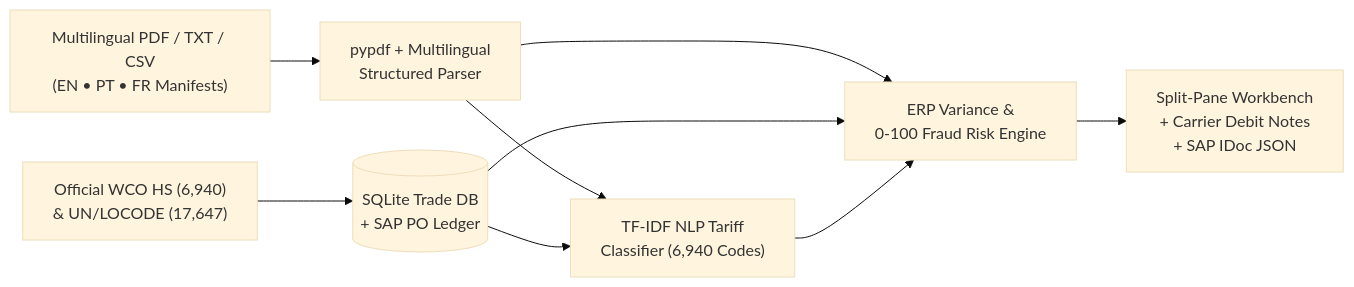
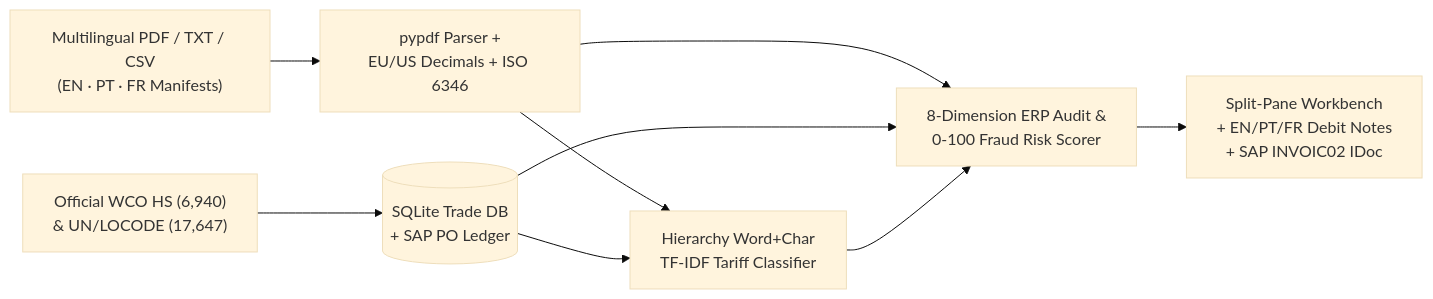
The diagram in README.md (jpbenmont/docurecon-ai), drawn with Mermaid (base theme) before and after one commit. The commit also changed other lines of this file and 23 other files, not shown here.

Commit message:
feat: DocuRecon AI v4.0 - Hierarchy WCO HS NLP, ISO 6346 & FOB/CIF Valuation Audit, PT Angola & DMCC Urea Samples, Render Deploy & Workbench UI

````diff
--- a/README.md
+++ b/README.md
@@ -16,11 +16,11 @@
 ```mermaid
 flowchart LR
-    A["Multilingual PDF / TXT / CSV\n(EN • PT • FR Manifests)"] --> B["pypdf + Multilingual\nStructured Parser"]
+    A["Multilingual PDF / TXT / CSV\n(EN · PT · FR Manifests)"] --> B["pypdf Parser +\nEU/US Decimals + ISO 6346"]
     C["Official WCO HS (6,940)\n& UN/LOCODE (17,647)"] --> D[("SQLite Trade DB\n+ SAP PO Ledger")]
-    B --> E["TF-IDF NLP Tariff\nClassifier (6,940 Codes)"]
+    B --> E["Hierarchy Word+Char\nTF-IDF Tariff Classifier"]
     D --> E
-    B --> F["ERP Variance &\n0-100 Fraud Risk Engine"]
+    B --> F["8-Dimension ERP Audit &\n0-100 Fraud Risk Scorer"]
     D --> F
     E --> F
-    F --> G["Split-Pane Workbench\n+ Carrier Debit Notes\n+ SAP IDoc JSON"]
+    F --> G["Split-Pane Workbench\n+ EN/PT/FR Debit Notes\n+ SAP INVOIC02 IDoc"]
 ```
````
